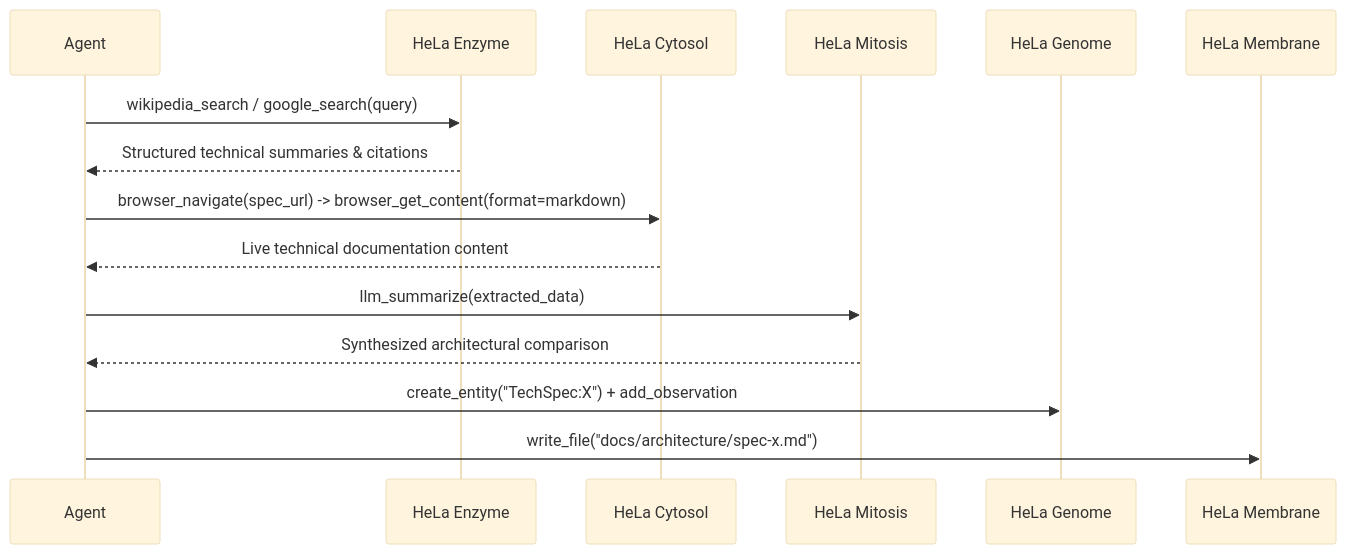
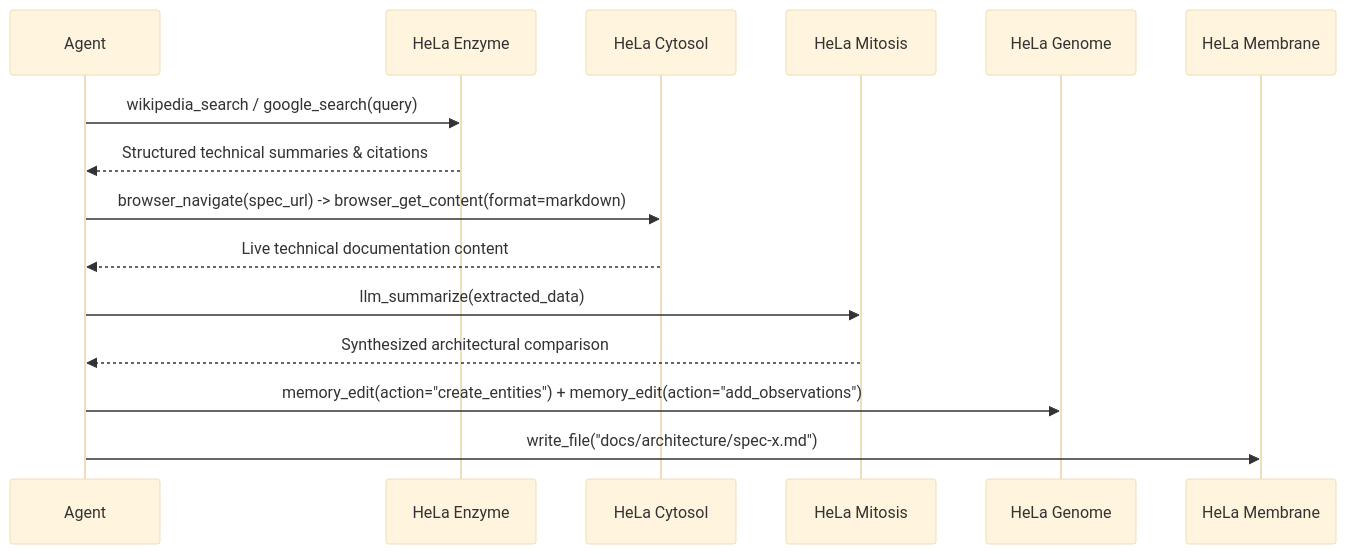
The third of 7 diagrams in docs/workflows.md (1999AZZAR/hela-mcp-ecosystem), drawn with Mermaid (base theme) before and after one commit. The commit also changed other lines of this file and 25 other files, not shown here.

````diff
--- a/docs/workflows.md
+++ b/docs/workflows.md
@@ -76,18 +76,18 @@
 ```mermaid
 sequenceDiagram
     participant Agent
     participant Enzyme as HeLa Enzyme
     participant Cytosol as HeLa Cytosol
     participant Mitosis as HeLa Mitosis
     participant Genome as HeLa Genome
     participant Membrane as HeLa Membrane
 
     Agent->>Enzyme: wikipedia_search / google_search(query)
     Enzyme-->>Agent: Structured technical summaries & citations
     Agent->>Cytosol: browser_navigate(spec_url) -> browser_get_content(format=markdown)
     Cytosol-->>Agent: Live technical documentation content
     Agent->>Mitosis: llm_summarize(extracted_data)
     Mitosis-->>Agent: Synthesized architectural comparison
-    Agent->>Genome: create_entity("TechSpec:X") + add_observation
+    Agent->>Genome: memory_edit(action="create_entities") + memory_edit(action="add_observations")
     Agent->>Membrane: write_file("docs/architecture/spec-x.md")
 ```
````
